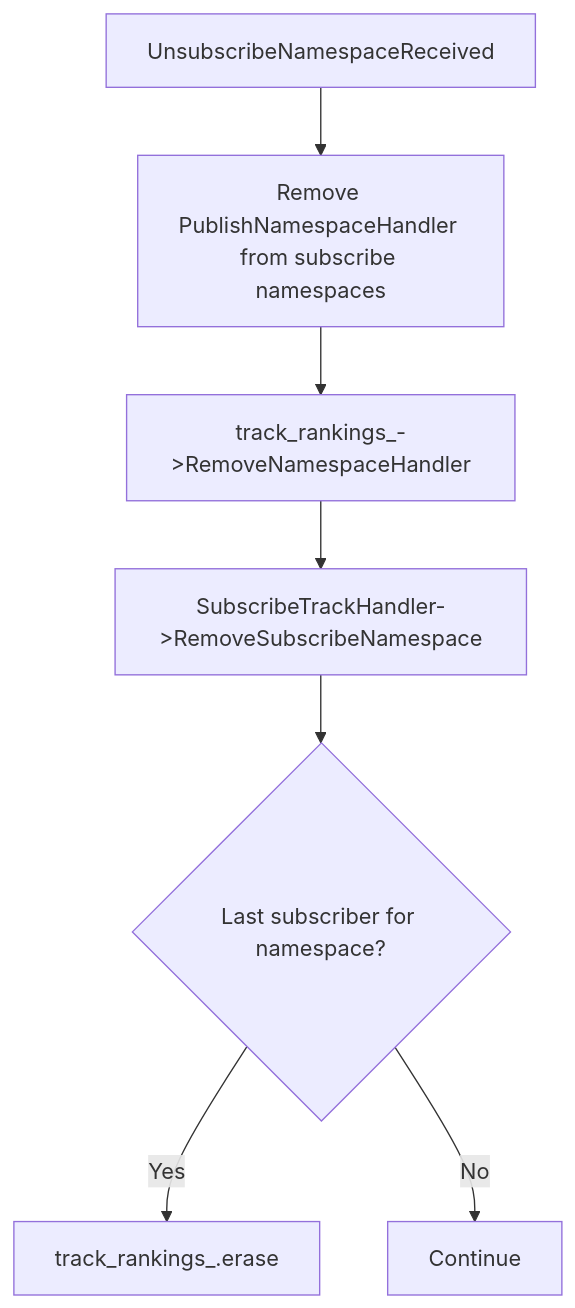
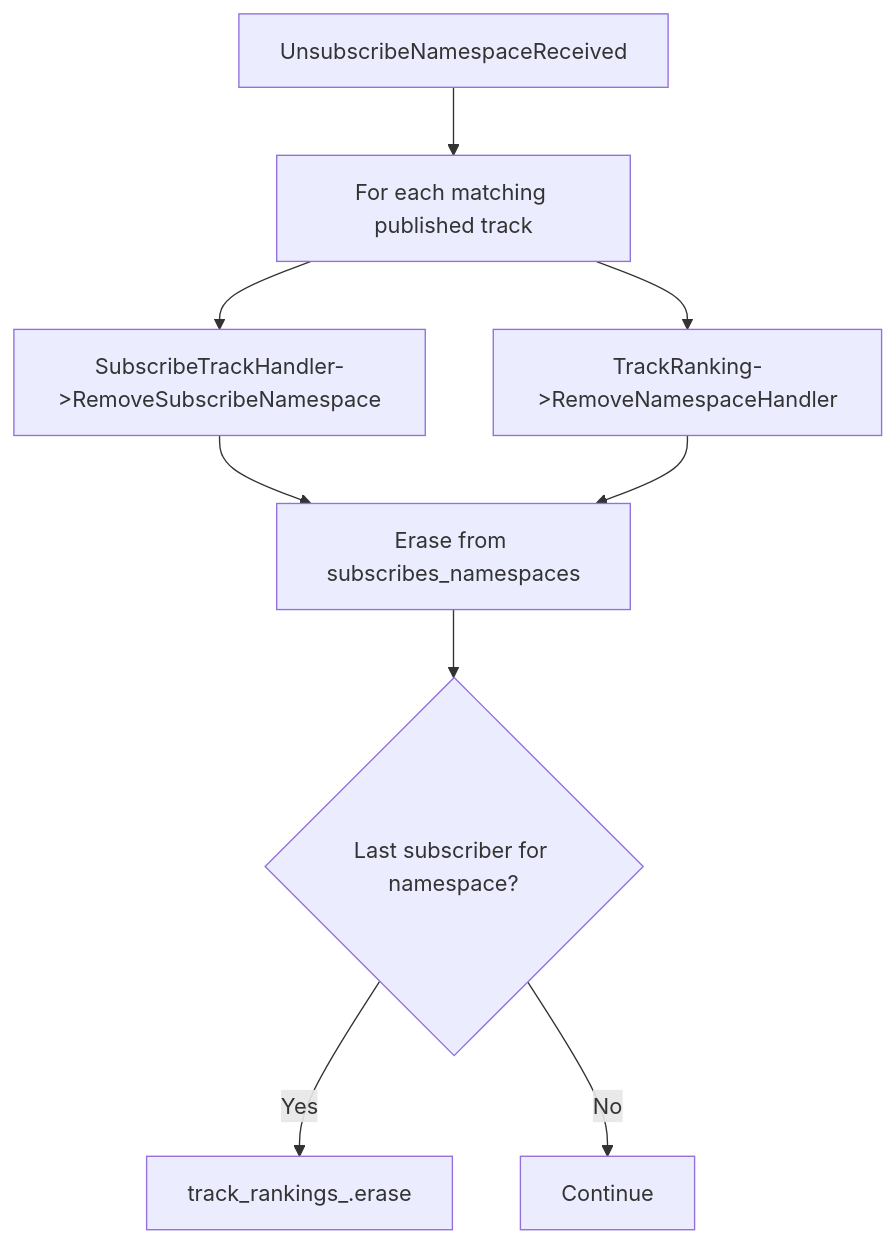
Before and after one commit to Quicr/laps: the seventh of 8 diagrams in docs/track-ranking.md, drawn with Mermaid. The commit also changed other lines of this file, not shown here.

````diff
--- a/docs/track-ranking.md
+++ b/docs/track-ranking.md
@@ -199,9 +206,11 @@
 ```mermaid
 flowchart TB
-    A[UnsubscribeNamespaceReceived] --> B[Remove PublishNamespaceHandler from subscribe namespaces]
-    B --> C[track_rankings_->RemoveNamespaceHandler]
-    C --> D[SubscribeTrackHandler->RemoveSubscribeNamespace]
-    D --> E{Last subscriber for namespace?}
-    E -->|Yes| F[track_rankings_.erase]
-    E -->|No| G[Continue]
+    A[UnsubscribeNamespaceReceived] --> B[For each matching published track]
+    B --> C[SubscribeTrackHandler->RemoveSubscribeNamespace]
+    B --> D[TrackRanking->RemoveNamespaceHandler]
+    C --> E[Erase from subscribes_namespaces]
+    D --> E
+    E --> F{Last subscriber for namespace?}
+    F -->|Yes| G[track_rankings_.erase]
+    F -->|No| H[Continue]
 ```
````
